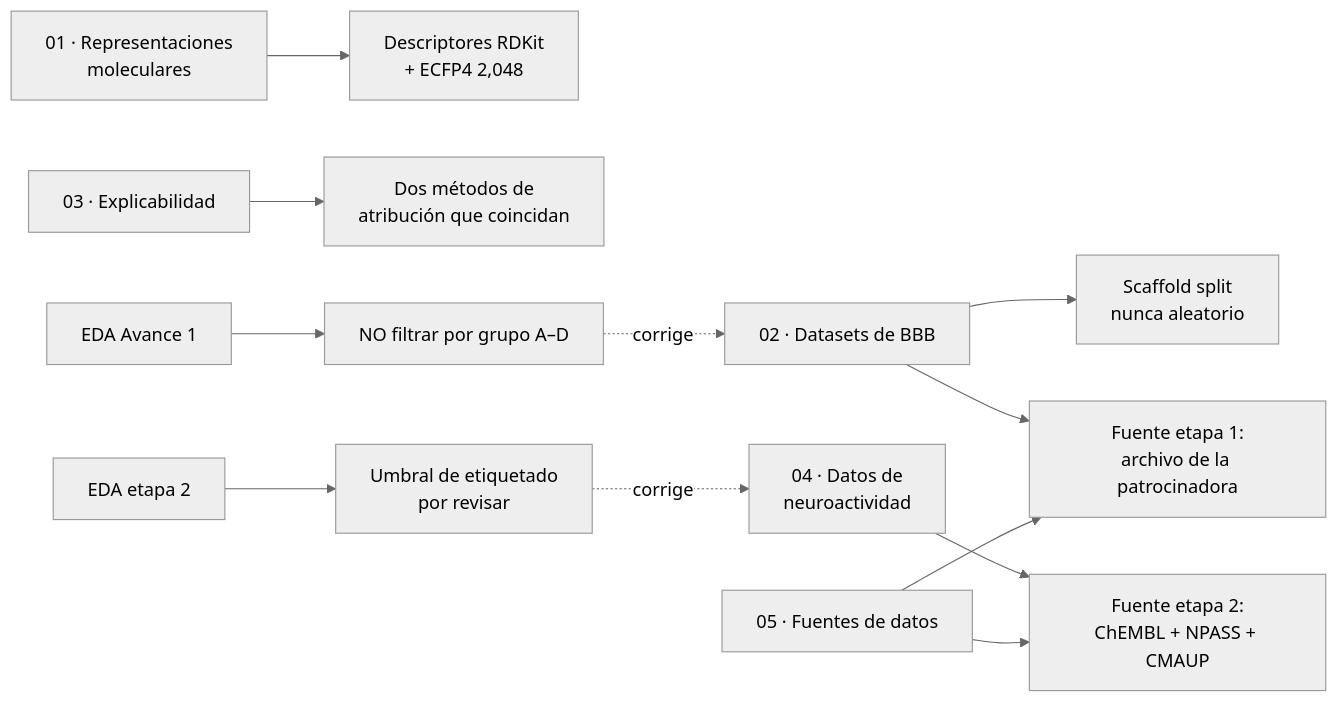
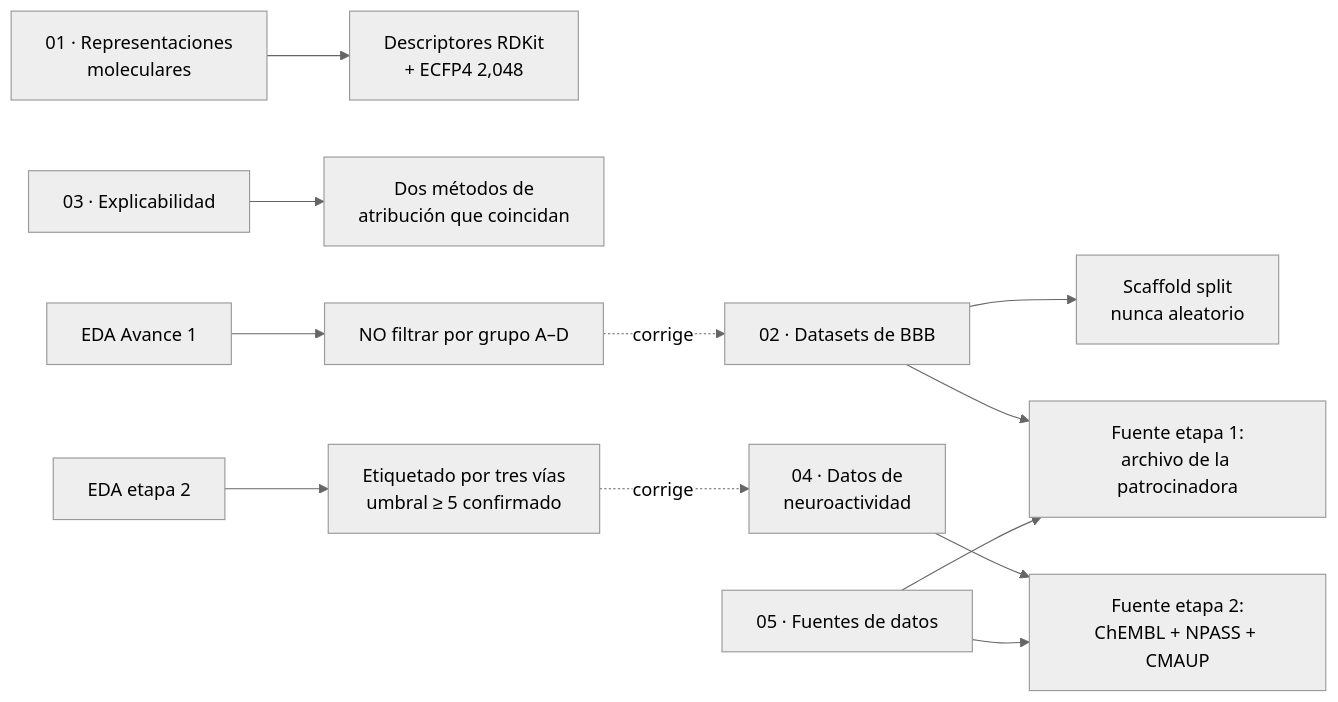
Before and after one commit to AntonioVazquezMartinez/Bioactive-AI: the second of 2 diagrams in docs/linaje-datos.md, drawn with Mermaid (neutral theme). The commit also changed other lines of this file and 3 other files, not shown here.

````diff
--- a/docs/linaje-datos.md
+++ b/docs/linaje-datos.md
@@ -44,32 +44,32 @@
 ```{mermaid}
 flowchart LR
     R1["01 · Representaciones<br/>moleculares"]
     R2["02 · Datasets de BBB"]
     R3["03 · Explicabilidad"]
     R4["04 · Datos de<br/>neuroactividad"]
     R5["05 · Fuentes de datos"]
 
     A1["EDA Avance 1"]
     A2["EDA etapa 2"]
 
     D1["Descriptores RDKit<br/>+ ECFP4 2,048"]
     D2["Scaffold split<br/>nunca aleatorio"]
     D3["Dos métodos de<br/>atribución que coincidan"]
     D4["Fuente etapa 2:<br/>ChEMBL + NPASS + CMAUP"]
     D5["Fuente etapa 1:<br/>archivo de la patrocinadora"]
     D6["NO filtrar por grupo A–D"]
-    D7["Umbral de etiquetado<br/>por revisar"]
+    D7["Etiquetado por tres vías<br/>umbral ≥ 5 confirmado"]
 
     R1 --> D1
     R2 --> D2
     R2 --> D5
     R3 --> D3
     R4 --> D4
     R5 --> D4
     R5 --> D5
     A1 --> D6
     A2 --> D7
 
     D6 -.->|"corrige"| R2
     D7 -.->|"corrige"| R4
 ```
````
